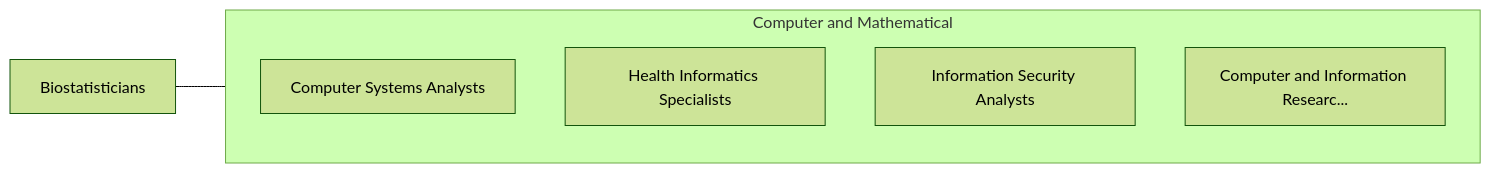
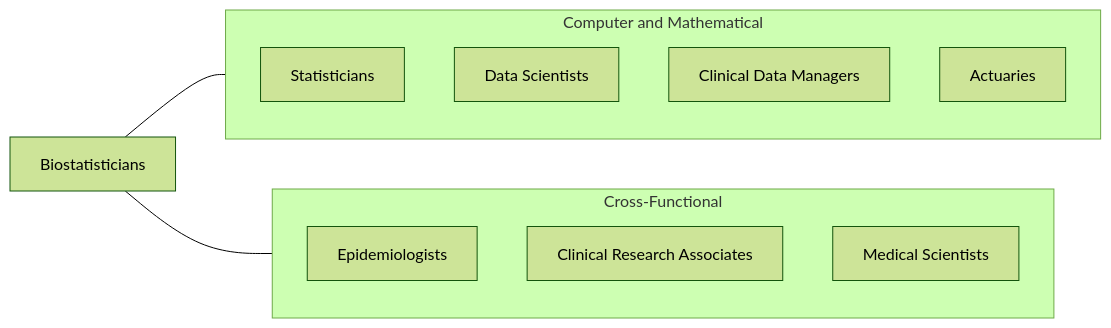
The third of 4 diagrams in occupations/Technology/Biostatisticians.mdx (kziemski/business.org.ai), drawn with Mermaid (forest theme) before and after one commit. The commit also changed other lines of this file and 938 other files, not shown here.

````diff
--- a/occupations/Technology/Biostatisticians.mdx
+++ b/occupations/Technology/Biostatisticians.mdx
@@ -123,13 +182,20 @@
 ```mermaid
 graph LR
     Current["Biostatisticians"]
 
     subgraph SameCategory["Computer and Mathematical"]
-        ComputerSystemsAnaly["Computer Systems Analysts"]
-        HealthInformaticsSpe["Health Informatics Specialists"]
-        InformationSecurityA["Information Security Analysts"]
-        ComputerAndInformati["Computer and Information Researc..."]
+        Stat["Statisticians"]
+        DS["Data Scientists"]
+        CDM["Clinical Data Managers"]
+        Act["Actuaries"]
+    end
+
+    subgraph CrossFunctional["Cross-Functional"]
+        Epi["Epidemiologists"]
+        CRA["Clinical Research Associates"]
+        Med["Medical Scientists"]
     end
 
     Current --- SameCategory
+    Current --- CrossFunctional
 ```
````
